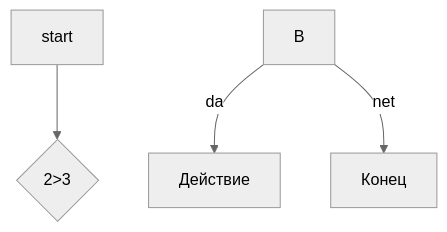
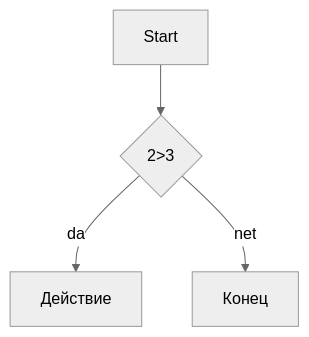
The diagram in README.md (MatveyZhukov/Neeew), drawn with Mermaid (neutral theme) before and after one commit.

````diff
--- a/README.md
+++ b/README.md
@@ -97,6 +97,6 @@
 ```mermaid
 graph TD
-  A[start] --> b{2>3}
+  A[Start] --> B{2>3}
   B --> |da| C[Действие]
   B --> |net| D[Конец]
 ```
````
